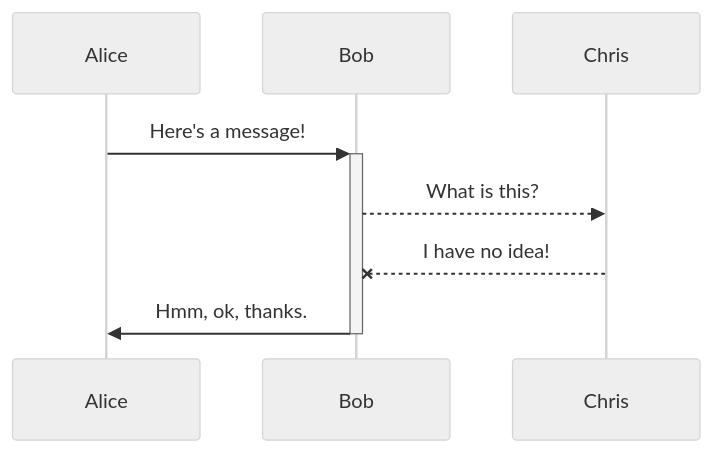
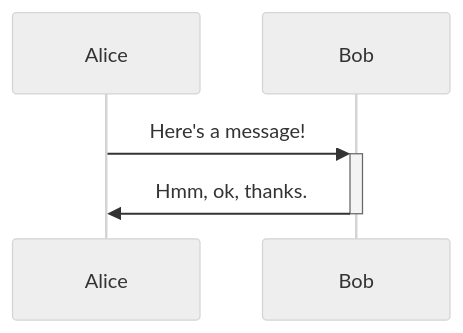
The second of 2 diagrams in readme.md (JakeSteam/Mermaid), drawn with Mermaid (neutral theme) before and after one commit. The commit also changed other lines of this file, not shown here.

Commit message:
Simplify diagrams

````diff
--- a/readme.md
+++ b/readme.md
@@ -38,7 +36,5 @@
 ```mermaid
 sequenceDiagram
     Alice ->>+ Bob: Here's a message!
-    Bob -->> Chris: What is this?
-    Chris --x Bob: I have no idea!
     Bob ->>- Alice: Hmm, ok, thanks.
 ```
````
